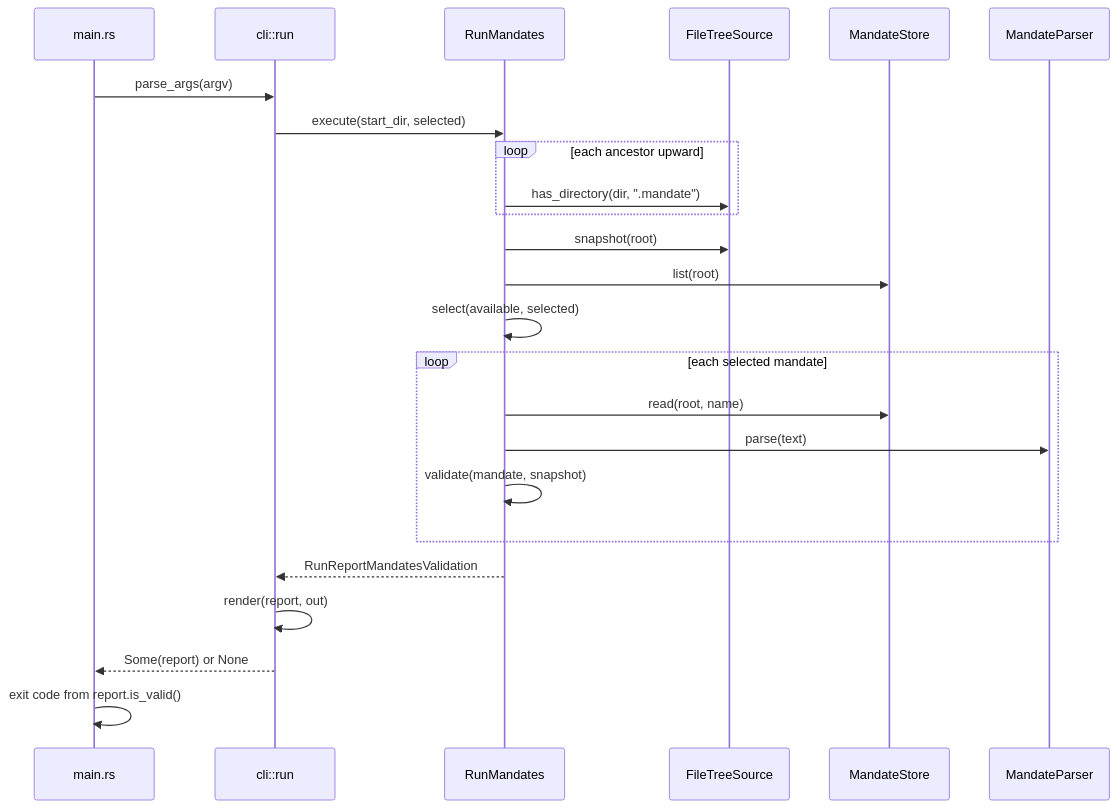
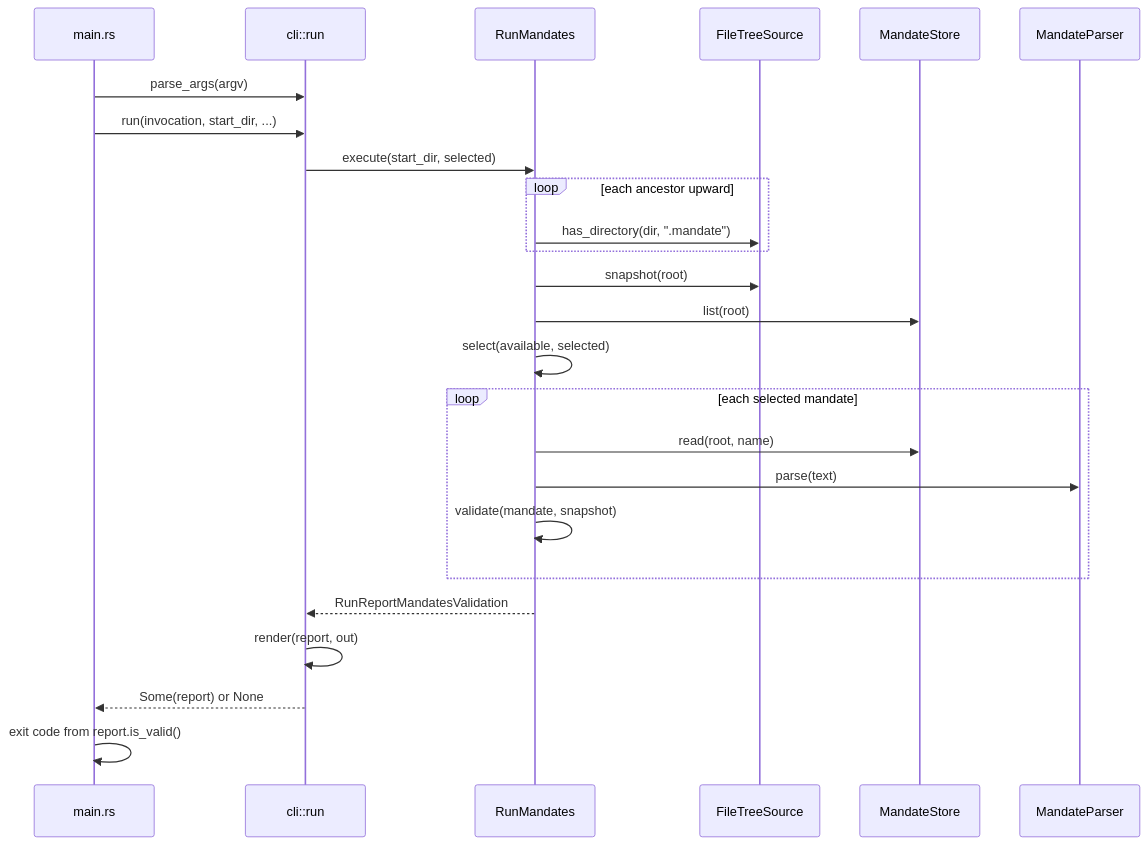
The diagram in mandate_docs/docs/architecture/run-command.md (Jtonna/mandate-docs), drawn with Mermaid before and after one commit. The commit also changed other lines of this file, not shown here.

First line of the commit message:
Audit run-command.md: prose rewritten, five claims corrected

````diff
--- a/mandate_docs/docs/architecture/run-command.md
+++ b/mandate_docs/docs/architecture/run-command.md
@@ -11,27 +10,28 @@
 ```mermaid
 sequenceDiagram
     participant Main as main.rs
     participant CLI as cli::run
     participant RM as RunMandates
     participant Src as FileTreeSource
     participant Store as MandateStore
     participant Parser as MandateParser
 
     Main->>CLI: parse_args(argv)
+    Main->>CLI: run(invocation, start_dir, ...)
     CLI->>RM: execute(start_dir, selected)
     loop each ancestor upward
         RM->>Src: has_directory(dir, ".mandate")
     end
     RM->>Src: snapshot(root)
     RM->>Store: list(root)
     RM->>RM: select(available, selected)
     loop each selected mandate
         RM->>Store: read(root, name)
         RM->>Parser: parse(text)
         RM->>RM: validate(mandate, snapshot)
     end
     RM-->>CLI: RunReportMandatesValidation
     CLI->>CLI: render(report, out)
     CLI-->>Main: Some(report) or None
     Main->>Main: exit code from report.is_valid()
 ```
````
